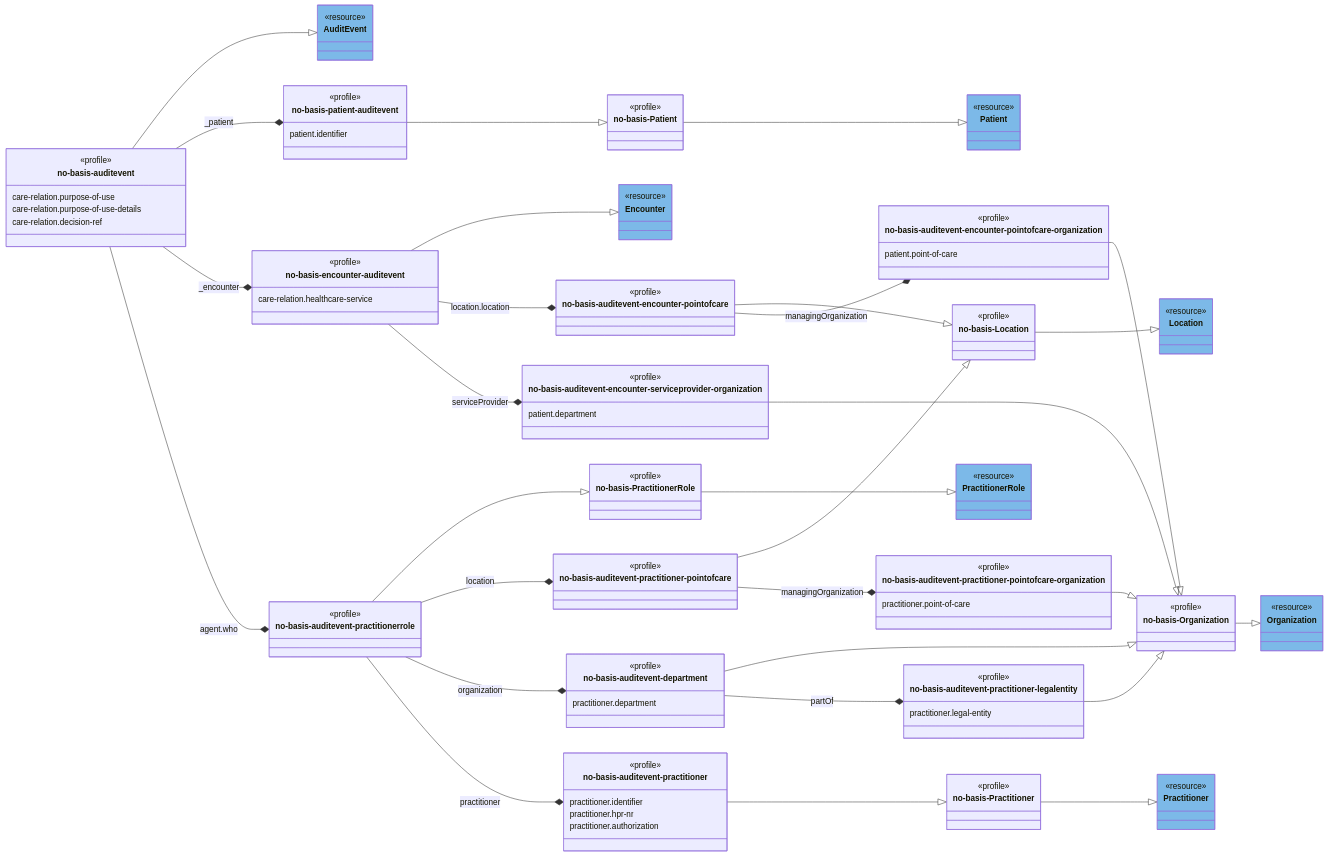
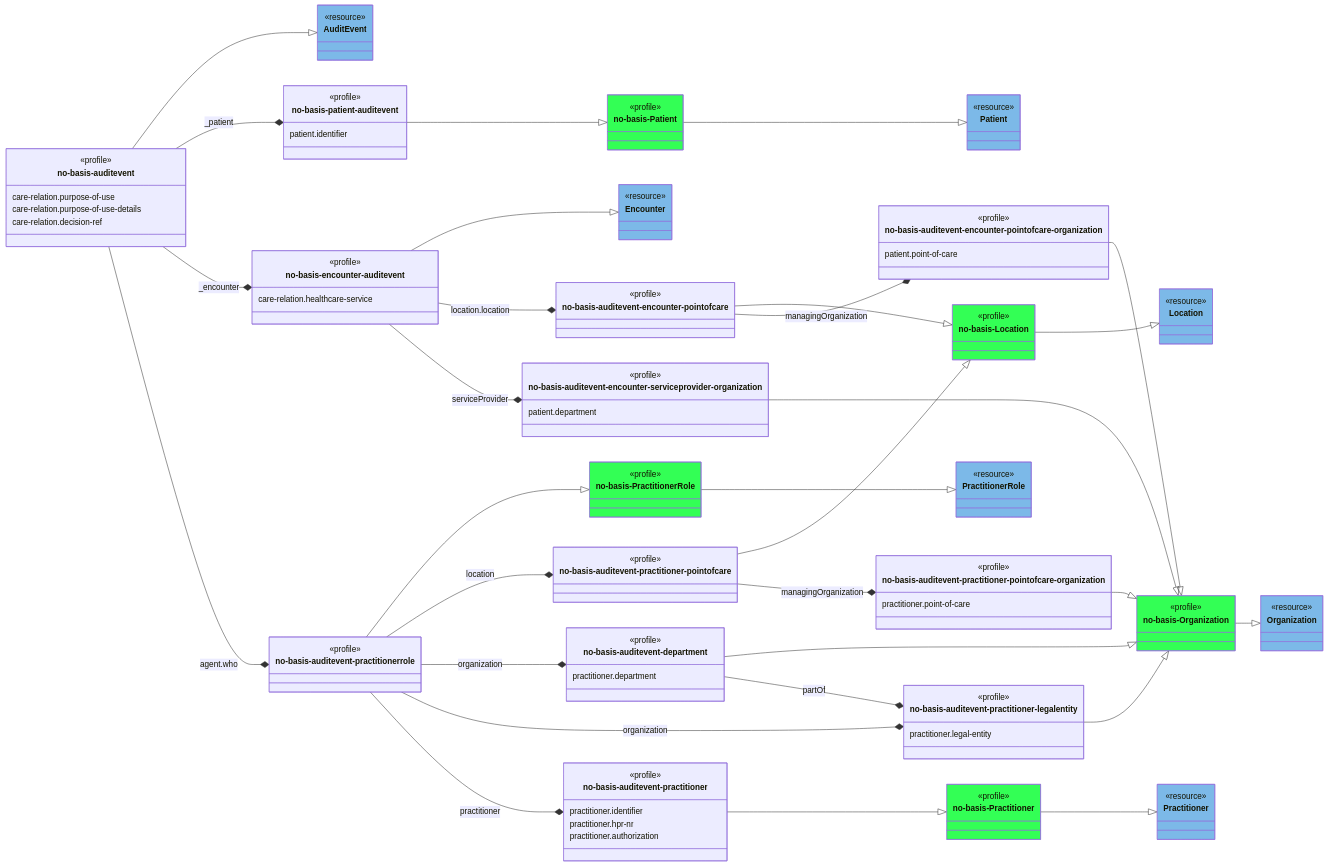
The diagram in AuditEvent/input/images/AuditEvent-ClassDiagram.mmd (HL7Norway/AuditEvent), drawn with Mermaid before and after one commit. The commit also changed 13 other files, not shown here.

```diff
--- a/AuditEvent/input/images/AuditEvent-ClassDiagram.mmd
+++ b/AuditEvent/input/images/AuditEvent-ClassDiagram.mmd
@@ -1,131 +1,136 @@
 classDiagram
    direction RL
    class AuditEvent { <<resource>>  }
    style AuditEvent fill:#7CB9E8
    class Practitioner { <<resource>> }
    style Practitioner fill:#7CB9E8   
    class PractitionerRole { <<resource>> }
    style PractitionerRole fill:#7CB9E8      
    class Organization { <<resource>> }
    style Organization fill:#7CB9E8         
    class Location { <<resource>> }
    style Location fill:#7CB9E8        
    class Patient { <<resource>> }
    style Patient fill:#7CB9E8           
    class Encounter { <<resource>> }
    style Encounter fill:#7CB9E8 
-
-   class no-basis-Patient  {<<profile>>}
-   class no-basis-Location {<<profile>>}
-   class no-basis-PractitionerRole {<<profile>>}
-   class no-basis-Organization {<<profile>>}
-   class no-basis-Practitioner {<<profile>>}
-  
+ 
+   class no_basis_Patient["no-basis-Patient"]  {<<profile>>}
+   class no_basis_Location["no-basis-Location"] {<<profile>>}
+   class no_basis_PractitionerRole["no-basis-PractitionerRole"] {<<profile>>}
+   class no_basis_Organization["no-basis-Organization"] {<<profile>>}
+   class no_basis_Practitioner["no-basis-Practitioner"] {<<profile>>}
+   style no_basis_Practitioner fill:#33FF55 
+   style no_basis_Patient fill:#33FF55 
+   style no_basis_Location fill:#33FF55 
+   style no_basis_Organization fill:#33FF55     
+   style no_basis_PractitionerRole fill:#33FF55     
                
    class no-basis-auditevent {
      <<profile>>
      care-relation.purpose-of-use
      care-relation.purpose-of-use-details
      care-relation.decision-ref     
    }
 
    class no-basis-auditevent-practitionerrole  {<<profile>>}
    class no-basis-auditevent-department { 
      <<profile>>
      practitioner.department
    }   
+
    class no-basis-auditevent-practitioner  {
      <<profile>>
      practitioner.identifier
      practitioner.hpr-nr
      practitioner.authorization
    }
 
    class no-basis-auditevent-practitioner-legalentity {
      <<profile>>
      practitioner.legal-entity
    }
    class no-basis-auditevent-practitioner-pointofcare {<<profile>>}
    class no-basis-auditevent-practitioner-pointofcare-organization {
      <<profile>>
      practitioner.point-of-care
    }
    class no-basis-encounter-auditevent {
      <<profile>>
      care-relation.healthcare-service
    }
    class no-basis-patient-auditevent {
      <<profile>>
      patient.identifier
    }
+
    class no-basis-auditevent-encounter-pointofcare {<<profile>>}
    class no-basis-auditevent-encounter-pointofcare-organization {
      <<profile>>
      patient.point-of-care     
    }
    class no-basis-auditevent-encounter-serviceprovider-organization {
      <<profile>>
      patient.department
    }
 
 
    AuditEvent <|-- no-basis-auditevent 
-   no-basis-PractitionerRole <|-- no-basis-auditevent-practitionerrole 
-   no-basis-Practitioner <|-- no-basis-auditevent-practitioner
-   no-basis-Organization <|-- no-basis-auditevent-department   
-   no-basis-Organization <|-- no-basis-auditevent-practitioner-legalentity
-   no-basis-Organization <|-- no-basis-auditevent-encounter-pointofcare-organization
-   no-basis-Organization <|-- no-basis-auditevent-practitioner-pointofcare-organization
-   no-basis-Organization <|-- no-basis-auditevent-encounter-serviceprovider-organization
-   no-basis-Location <|-- no-basis-auditevent-encounter-pointofcare
-   no-basis-Location <|-- no-basis-auditevent-practitioner-pointofcare
-   Location <|-- no-basis-Location
-   no-basis-Patient <|-- no-basis-patient-auditevent
-   Patient <|-- no-basis-Patient
+   no_basis_PractitionerRole <|-- no-basis-auditevent-practitionerrole 
+   no_basis_Practitioner <|-- no-basis-auditevent-practitioner
+   no_basis_Organization <|-- no-basis-auditevent-department   
+   no_basis_Organization <|-- no-basis-auditevent-practitioner-legalentity
+   no_basis_Organization <|-- no-basis-auditevent-encounter-pointofcare-organization
+   no_basis_Organization <|-- no-basis-auditevent-practitioner-pointofcare-organization
+   no_basis_Organization <|-- no-basis-auditevent-encounter-serviceprovider-organization
+   no_basis_Location <|-- no-basis-auditevent-encounter-pointofcare
+   no_basis_Location <|-- no-basis-auditevent-practitioner-pointofcare
+   Location <|-- no_basis_Location
+   no_basis_Patient <|-- no-basis-patient-auditevent
+   Patient <|-- no_basis_Patient
    Encounter <|-- no-basis-encounter-auditevent
-   PractitionerRole <|-- no-basis-PractitionerRole
-   Organization <|-- no-basis-Organization
-   Practitioner <|--  no-basis-Practitioner
+   PractitionerRole <|-- no_basis_PractitionerRole
+   Organization <|-- no_basis_Organization
+   Practitioner <|--  no_basis_Practitioner
   
    
-
-
+  
     no-basis-auditevent-practitioner-pointofcare-organization *-- no-basis-auditevent-practitioner-pointofcare : managingOrganization
     no-basis-auditevent-practitioner-legalentity *-- no-basis-auditevent-department : partOf
     no-basis-auditevent-encounter-pointofcare *-- no-basis-encounter-auditevent : location.location
     no-basis-auditevent-encounter-serviceprovider-organization *-- no-basis-encounter-auditevent: serviceProvider
     no-basis-auditevent-encounter-pointofcare-organization *-- no-basis-auditevent-encounter-pointofcare : managingOrganization
     no-basis-auditevent-practitioner-pointofcare *-- no-basis-auditevent-practitionerrole  : location
     no-basis-auditevent-department *-- no-basis-auditevent-practitionerrole  : organization
+    no-basis-auditevent-practitioner-legalentity *-- no-basis-auditevent-practitionerrole  : organization
     no-basis-auditevent-practitioner *-- no-basis-auditevent-practitionerrole  : practitioner
     no-basis-patient-auditevent *-- no-basis-auditevent  : _patient
     no-basis-encounter-auditevent *-- no-basis-auditevent  : _encounter
     no-basis-auditevent-practitionerrole  *-- no-basis-auditevent  : agent.who
     
-   
 
     link AuditEvent "https://hl7.org/fhir/R4/auditevent.html" 
     link Practitioner "https://hl7.org/fhir/R4/practitioner.html" 
     link PractitionerRole "https://hl7.org/fhir/R4/practitionerrole.html" 
     link Organization "https://hl7.org/fhir/R4/organization.html" 
     link Location "https://hl7.org/fhir/R4/location.html" 
     link Patient  "https://hl7.org/fhir/R4/patient.html" 
     link Encounter "https://hl7.org/fhir/R4/encounter.html" 
 
     link no-basis-auditevent "StructureDefinition-no-basis-auditevent.html"
     link no-basis-auditevent-practitionerrole  "StructureDefinition-AuditEventNorwayPractitionerRole.html"
     link no-basis-auditevent-department "StructureDefinition-AuditEventNorwayPractitionerDepartment.html"
     link no-basis-auditevent-practitioner "StructureDefinition-AuditEventNorwayPractitioner.html"
     link no-basis-auditevent-practitioner-legalentity "StructureDefinition-AuditEventNorwayPractitionerLegalEntity.html"
     link no-basis-auditevent-practitioner-pointofcare "StructureDefinition-AuditEventNorwayPractitionerPointOfCare.html"
     link no-basis-auditevent-practitioner-pointofcare-organization "StructureDefinition-AuditEventNorwayPractitionerPointOfCareOrganization.html"
     link no-basis-encounter-auditevent "StructureDefinition-no-basis-encounter-auditevent.html"
     link no-basis-patient-auditevent "StructureDefinition-no-basis-patient-auditevent.html"
     link no-basis-auditevent-encounter-pointofcare "StructureDefinition-AuditEventNorwayEncounterPointOfCare.html"
     link no-basis-auditevent-encounter-pointofcare-organization "StructureDefinition-AuditEventNorwayEncounterPointOfCareOrganization.html"
     link no-basis-auditevent-encounter-serviceprovider-organization "StructureDefinition-AuditEventNorwayEncounterServiceProviderOrganization.html"
-    link no-basis-Patient "https://simplifier.net/hl7norwayno-basis/nobasispatient"
-    link no-basis-Location "https://simplifier.net/hl7norwayno-basis/nobasislocation"
-    link no-basis-PractitionerRole "https://simplifier.net/hl7norwayno-basis/nobasispractitionerrole"
-    link no-basis-Organization "https://simplifier.net/hl7norwayno-basis/nobasisorganization"
-    link no-basis-Practitioner "https://simplifier.net/hl7norwayno-basis/nobasispractitioner"
+    link no_basis_Patient "https://simplifier.net/hl7norwayno-basis/nobasispatient"
+    link no_basis_Location "https://simplifier.net/hl7norwayno-basis/nobasislocation"
+    link no_basis_PractitionerRole "https://simplifier.net/hl7norwayno-basis/nobasispractitionerrole"
+    link no_basis_Organization "https://simplifier.net/hl7norwayno-basis/nobasisorganization"
+    link no_basis_Practitioner "https://simplifier.net/hl7norwayno-basis/nobasispractitioner"
```
